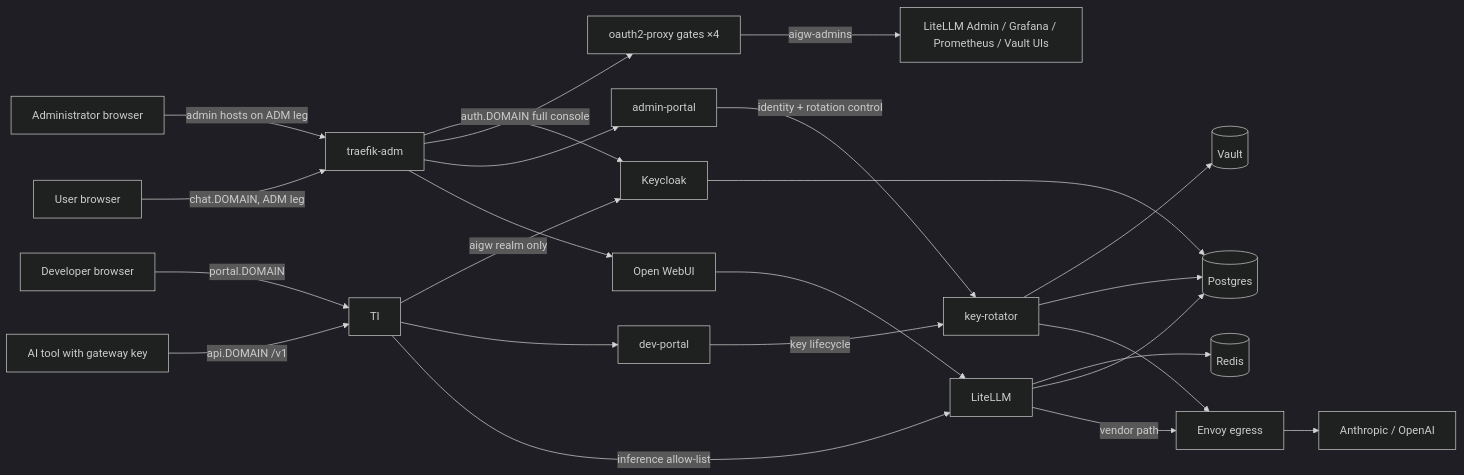
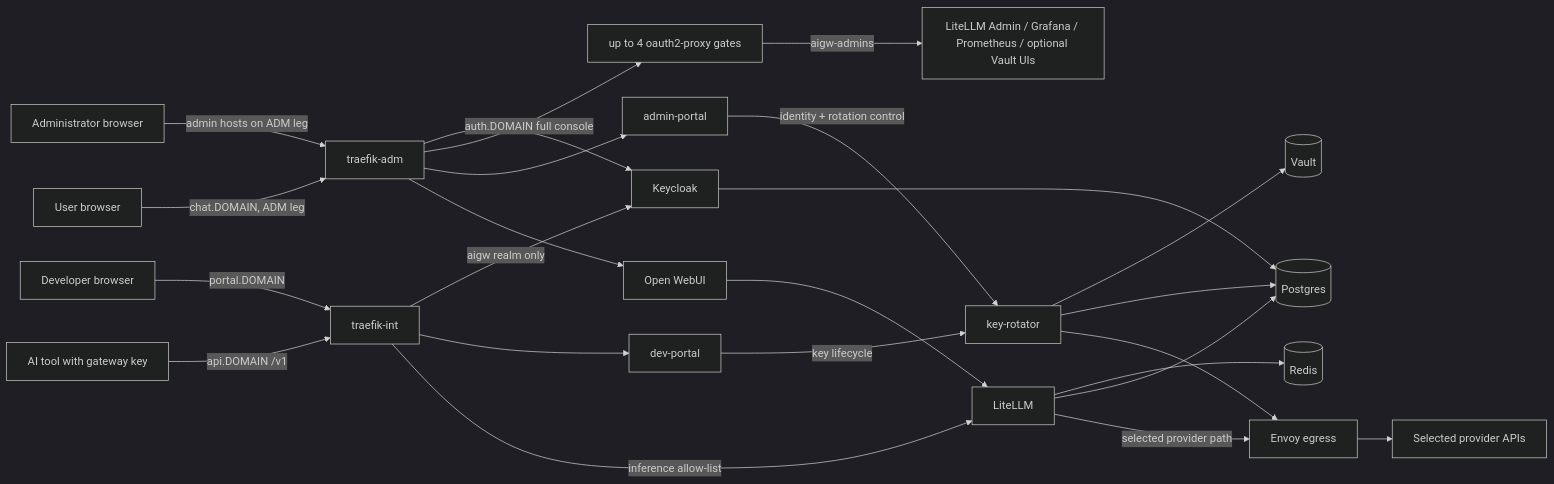
The fourth of 14 diagrams in docs/architecture-diagrams.md (derhornspieler/ai-gateway), drawn with Mermaid (dark theme) before and after one commit. The commit also changed other lines of this file and 339 other files, not shown here.

````diff
--- a/docs/architecture-diagrams.md
+++ b/docs/architecture-diagrams.md
@@ -81,24 +133,24 @@
 ```mermaid
 flowchart LR
   U[User browser] -->|chat.DOMAIN, ADM leg| TA
-  T[AI tool with gateway key] -->|api.DOMAIN /v1| TI
+  T[AI tool with gateway key] -->|api.DOMAIN /v1| TI[traefik-int]
   D[Developer browser] -->|portal.DOMAIN| TI
   A[Administrator browser] -->|admin hosts on ADM leg| TA[traefik-adm]
 
   TA --> OW[Open WebUI] --> LL[LiteLLM]
   TI -->|inference allow-list| LL
   TI --> DP[dev-portal]
   TI -->|aigw realm only| KC[Keycloak]
 
   TA --> AP[admin-portal]
-  TA --> O2[oauth2-proxy gates ×4] -->|aigw-admins| ADM_UIS[LiteLLM Admin / Grafana / Prometheus / Vault UIs]
+  TA --> O2[up to 4 oauth2-proxy gates] -->|aigw-admins| ADM_UIS[LiteLLM Admin / Grafana / Prometheus / optional Vault UIs]
   TA -->|auth.DOMAIN full console| KC
 
   DP -->|key lifecycle| KR[key-rotator]
   AP -->|identity + rotation control| KR
-  LL -->|vendor path| EV[Envoy egress] --> V[Anthropic / OpenAI]
+  LL -->|selected provider path| EV[Envoy egress] --> V[Selected provider APIs]
   KR --> EV
   LL & KC & KR --> PG[(Postgres)]
   LL --> RD[(Redis)]
   KR --> VT[(Vault)]
 ```
````
